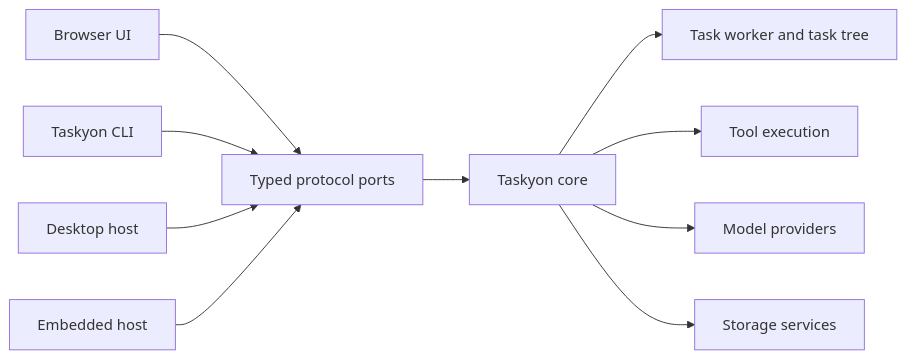
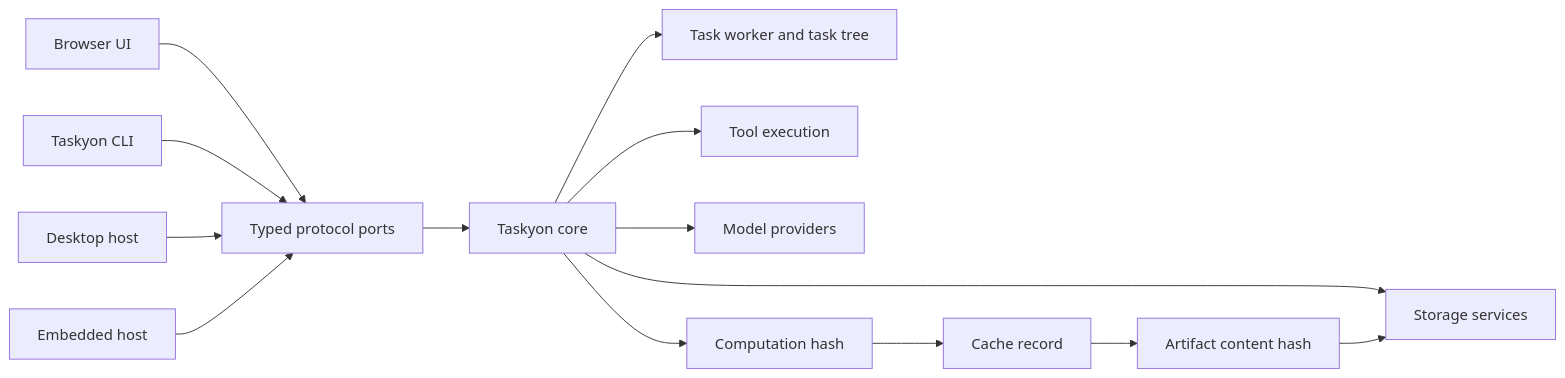
The diagram in public/docs/developer/architecture.md (Xyntopia/taskyon), drawn with Mermaid before and after one commit. The commit also changed other lines of this file and 9 other files, not shown here.

Commit message:
refactor(storage): use hash-owned DAG cache and record paths

````diff
--- a/public/docs/developer/architecture.md
+++ b/public/docs/developer/architecture.md
@@ -16,12 +16,16 @@
 ```mermaid
 flowchart LR
   Browser[Browser UI] --> Ports[Typed protocol ports]
   Cli[Taskyon CLI] --> Ports
   Desktop[Desktop host] --> Ports
   Embed[Embedded host] --> Ports
   Ports --> Core[Taskyon core]
   Core --> Tasks[Task worker and task tree]
   Core --> Tools[Tool execution]
   Core --> Models[Model providers]
   Core --> Storage[Storage services]
+  Core --> ComputeHash[Computation hash]
+  ComputeHash --> Cache[Cache record]
+  Cache --> ArtifactHash[Artifact content hash]
+  ArtifactHash --> Storage
 ```
````
